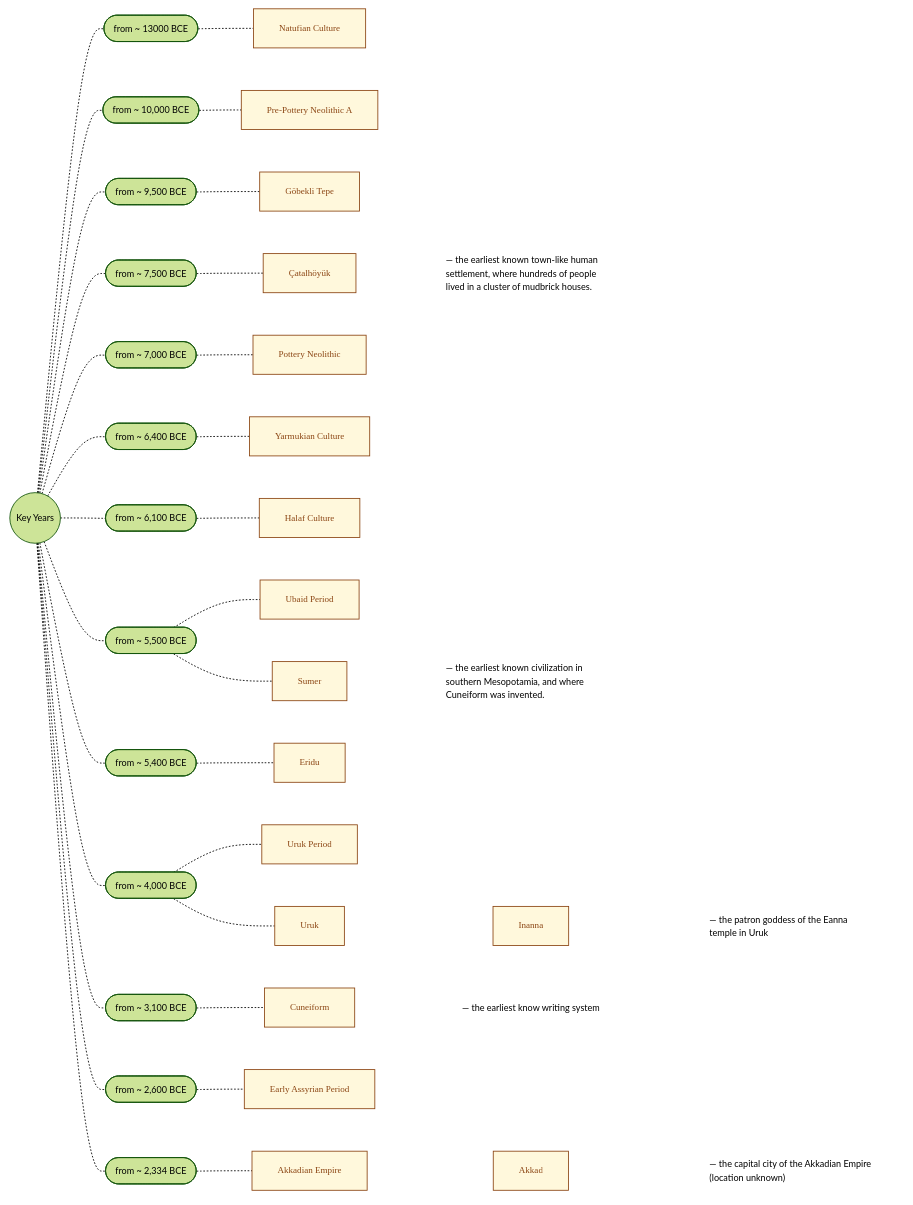
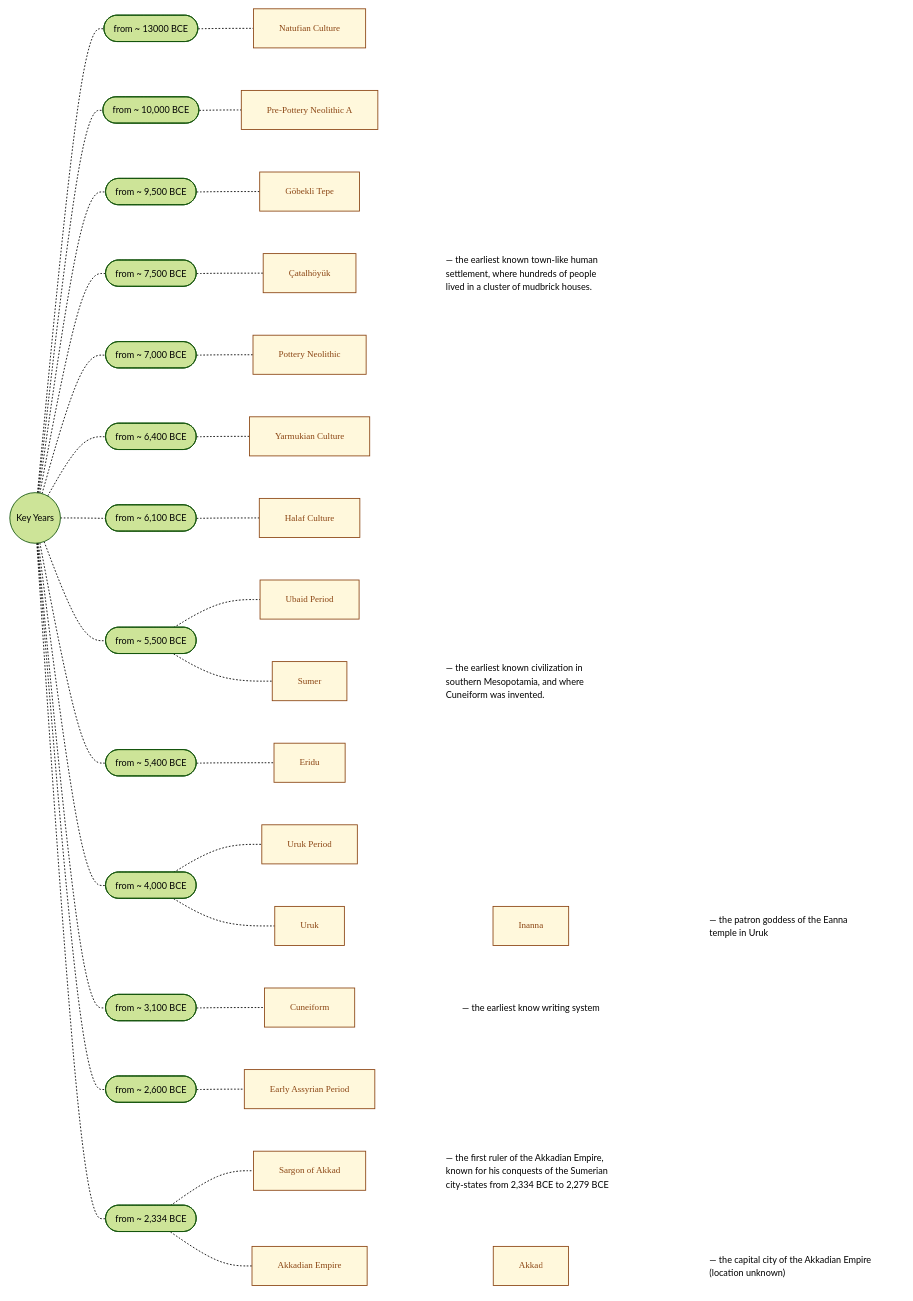
Before and after one commit to joe-dorward/samples: the diagram in 0000_General/mesopotamian_timeline_v1.01.md, drawn with Mermaid.

```diff
--- a/0000_General/mesopotamian_timeline_v1.01.md
+++ b/0000_General/mesopotamian_timeline_v1.01.md
@@ -40,8 +40,6 @@
       HALAF[Halaf Culture]
       click HALAF "https://en.wikipedia.org/wiki/Halaf_culture" _blank
 
-
-
       5500([from ~ 5,500 BCE])
             UBAID[Ubaid Period]
             click UBAID "https://en.wikipedia.org/wiki/Ubaid_period" _blank
@@ -74,6 +72,8 @@
             click EARLY_ASSYRIAN_PERIOD "https://en.wikipedia.org/wiki/Early_Assyrian_period" _blank
 
       2334([from ~ 2,334 BCE])
+            SARGON_OF_AKKAD[Sargon of Akkad]
+            SARGON_OF_AKKAD_NOTE[#151; the first ruler of the Akkadian Empire, known for his conquests of the Sumerian city-states from 2,334 BCE to 2,279 BCE]
             AKKADIAN_EMPIRE[Akkadian Empire]
             AKKAD[Akkad]
             AKKAD_NOTE["#151; the capital city of the Akkadian Empire (location unknown)"]
@@ -81,8 +81,8 @@
 
 
 
-      class NATUFIAN,PRE_POTTERY_NEOLITHIC_A,GOBEKLI_TEPE,CATALHOYUK,POTTERY_NEOLITHIC,YARNUKIAN,HALAF,UBAID,SUMER,ERIDU,URUK_PERIOD,URUK,INANNA,CUNEIFORM,EARLY_ASSYRIAN_PERIOD,AKKADIAN_EMPIRE,AKKAD Note;
-      class CATALHOYUK_NOTE,SUMER_NOTE,INANNA_NOTE,CUNEIFORM_NOTE,AKKAD_NOTE Summary
+      class NATUFIAN,PRE_POTTERY_NEOLITHIC_A,GOBEKLI_TEPE,CATALHOYUK,POTTERY_NEOLITHIC,YARNUKIAN,HALAF,UBAID,SUMER,ERIDU,URUK_PERIOD,URUK,INANNA,CUNEIFORM,EARLY_ASSYRIAN_PERIOD,SARGON_OF_AKKAD,AKKADIAN_EMPIRE,AKKAD Note;
+      class CATALHOYUK_NOTE,SUMER_NOTE,INANNA_NOTE,CUNEIFORM_NOTE,SARGON_OF_AKKAD_NOTE,AKKAD_NOTE Summary
       %% ========== ========== ========== ========== ==========
       KEY_YEARS-.-13000-.-NATUFIAN
       KEY_YEARS-.-10000-.-PRE_POTTERY_NEOLITHIC_A
@@ -98,7 +98,9 @@
                   4000-.-URUK~~~INANNA~~~INANNA_NOTE
       KEY_YEARS-.-3100-.-CUNEIFORM~~~CUNEIFORM_NOTE
       KEY_YEARS-.-2600-.-EARLY_ASSYRIAN_PERIOD
-      KEY_YEARS-.-2334-.-AKKADIAN_EMPIRE~~~AKKAD~~~AKKAD_NOTE
+      KEY_YEARS-.-2334-.-SARGON_OF_AKKAD~~~SARGON_OF_AKKAD_NOTE
+                  2334-.-AKKADIAN_EMPIRE
+                         AKKADIAN_EMPIRE~~~AKKAD~~~AKKAD_NOTE
 
     %%linkStyle 0 stroke-width:2px,fill:none,stroke:red;
     %%linkStyle 1 stroke-width:2px,fill:none,stroke:blue;
```
